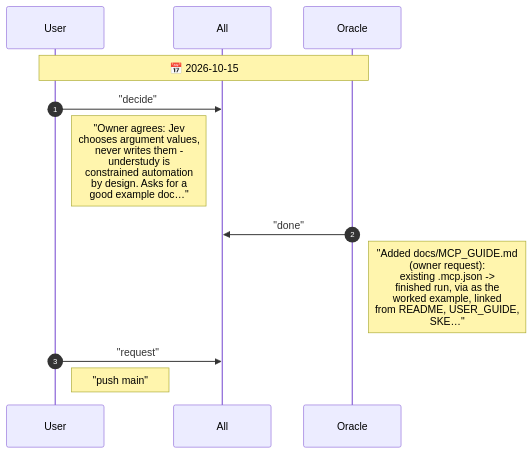
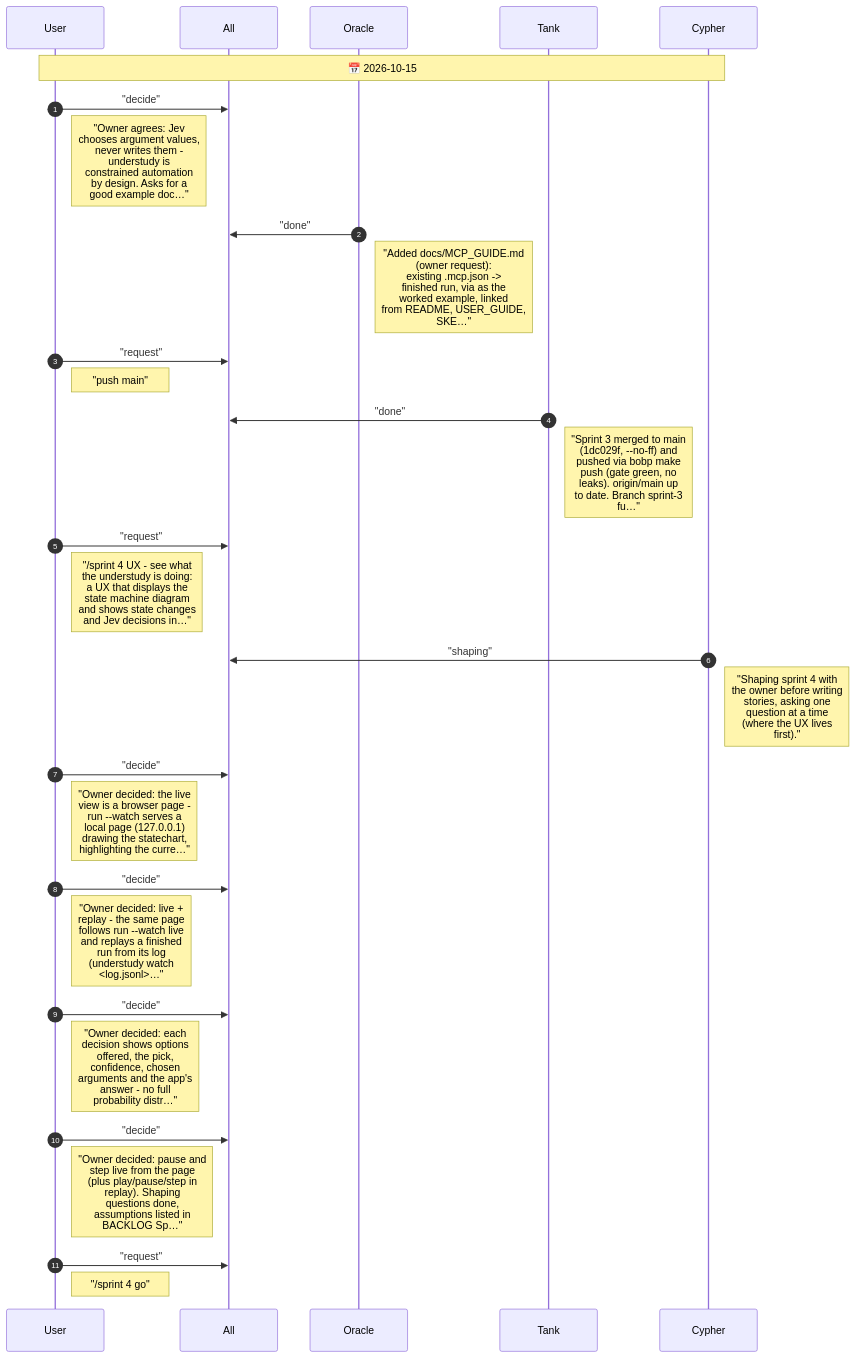
One commit to drusifer/understudy changed the diagram in agents/CHAT.diagram.md. Above: the diagram before and after it, drawn with Mermaid. The commit also changed 4 other files, not shown here.

Commit message:
Sprint 4 shaping: owner decisions in backlog; chat after the sprint 3 merge

````diff
--- a/agents/CHAT.diagram.md
+++ b/agents/CHAT.diagram.md
@@ -5,15 +5,33 @@
 ```mermaid
 %%{init: {"sequence": {"messageFontSize": 14, "noteFontSize": 18, "actorFontSize": 14}}}%%
 sequenceDiagram
     autonumber
     participant User
     participant All
     participant Oracle
-    Note over User,Oracle: 📅 2026-10-15
+    participant Tank
+    participant Cypher
+    Note over User,Cypher: 📅 2026-10-15
     User->>All: "decide"
     Note right of User: "Owner agrees: Jev<br/>chooses argument values,<br/>never writes them -<br/>understudy is<br/>constrained automation<br/>by design. Asks for a<br/>good example doc…"
     Oracle->>All: "done"
     Note right of Oracle: "Added docs/MCP_GUIDE.md<br/>(owner request):<br/>existing .mcp.json -><br/>finished run, via as the<br/>worked example, linked<br/>from README, USER_GUIDE,<br/>SKE…"
     User->>All: "request"
     Note right of User: "push main"
+    Tank->>All: "done"
+    Note right of Tank: "Sprint 3 merged to main<br/>(1dc029f, --no-ff) and<br/>pushed via bobp make<br/>push (gate green, no<br/>leaks). origin/main up<br/>to date. Branch sprint-3<br/>fu…"
+    User->>All: "request"
+    Note right of User: "/sprint 4 UX - see what<br/>the understudy is doing:<br/>a UX that displays the<br/>state machine diagram<br/>and shows state changes<br/>and Jev decisions in…"
+    Cypher->>All: "shaping"
+    Note right of Cypher: "Shaping sprint 4 with<br/>the owner before writing<br/>stories, asking one<br/>question at a time<br/>(where the UX lives<br/>first)."
+    User->>All: "decide"
+    Note right of User: "Owner decided: the live<br/>view is a browser page -<br/>run --watch serves a<br/>local page (127.0.0.1)<br/>drawing the statechart,<br/>highlighting the curre…"
+    User->>All: "decide"
+    Note right of User: "Owner decided: live +<br/>replay - the same page<br/>follows run --watch live<br/>and replays a finished<br/>run from its log<br/>(understudy watch<br/><log.jsonl>…"
+    User->>All: "decide"
+    Note right of User: "Owner decided: each<br/>decision shows options<br/>offered, the pick,<br/>confidence, chosen<br/>arguments and the app's<br/>answer - no full<br/>probability distr…"
+    User->>All: "decide"
+    Note right of User: "Owner decided: pause and<br/>step live from the page<br/>(plus play/pause/step in<br/>replay). Shaping<br/>questions done,<br/>assumptions listed in<br/>BACKLOG Sp…"
+    User->>All: "request"
+    Note right of User: "/sprint 4 go"
 ```
````
